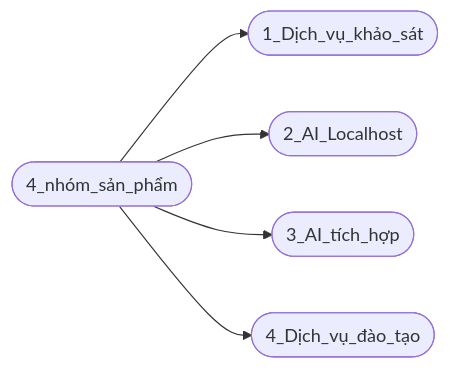
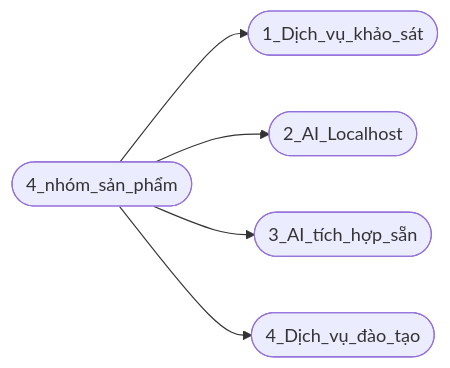
Before and after one commit to hoanglong8/FoxAI-Data-Analyst: the diagram in Chiến lược SP/A.Chiến lược phát triển sản phẩm AI.md, drawn with Mermaid. The commit also changed other lines of this file, not shown here.

Commit message:
Update A.Chiến lược phát triển sản phẩm AI.md

````diff
--- a/Chiến lược SP/A.Chiến lược phát triển sản phẩm AI.md
+++ b/Chiến lược SP/A.Chiến lược phát triển sản phẩm AI.md
@@ -10,7 +10,7 @@
 ```mermaid
 flowchart LR
     id1([4_nhóm_sản_phẩm]) --> id2([1_Dịch_vụ_khảo_sát])
     id1([4_nhóm_sản_phẩm]) --> id3([2_AI_Localhost])
-    id1([4_nhóm_sản_phẩm]) --> id4([3_AI_tích_hợp])
+    id1([4_nhóm_sản_phẩm]) --> id4([3_AI_tích_hợp_sẵn])
     id1([4_nhóm_sản_phẩm]) --> id5([4_Dịch_vụ_đào_tạo])
 ```
````
